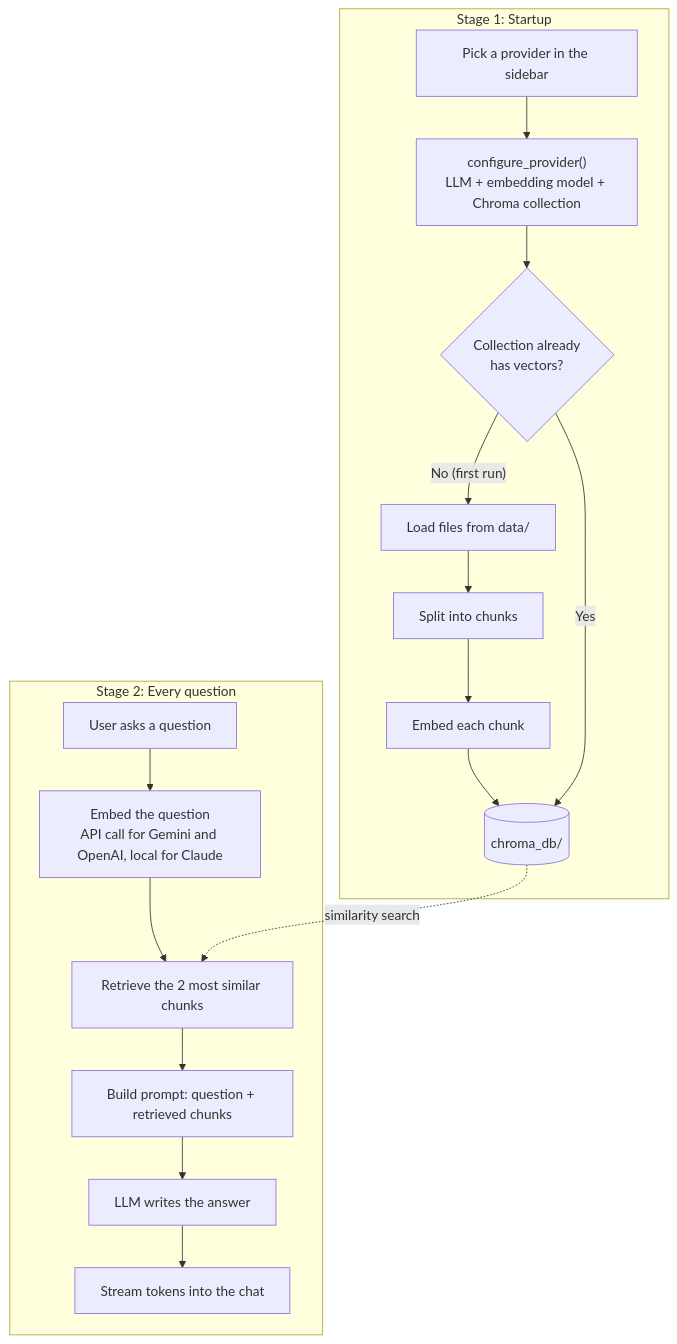
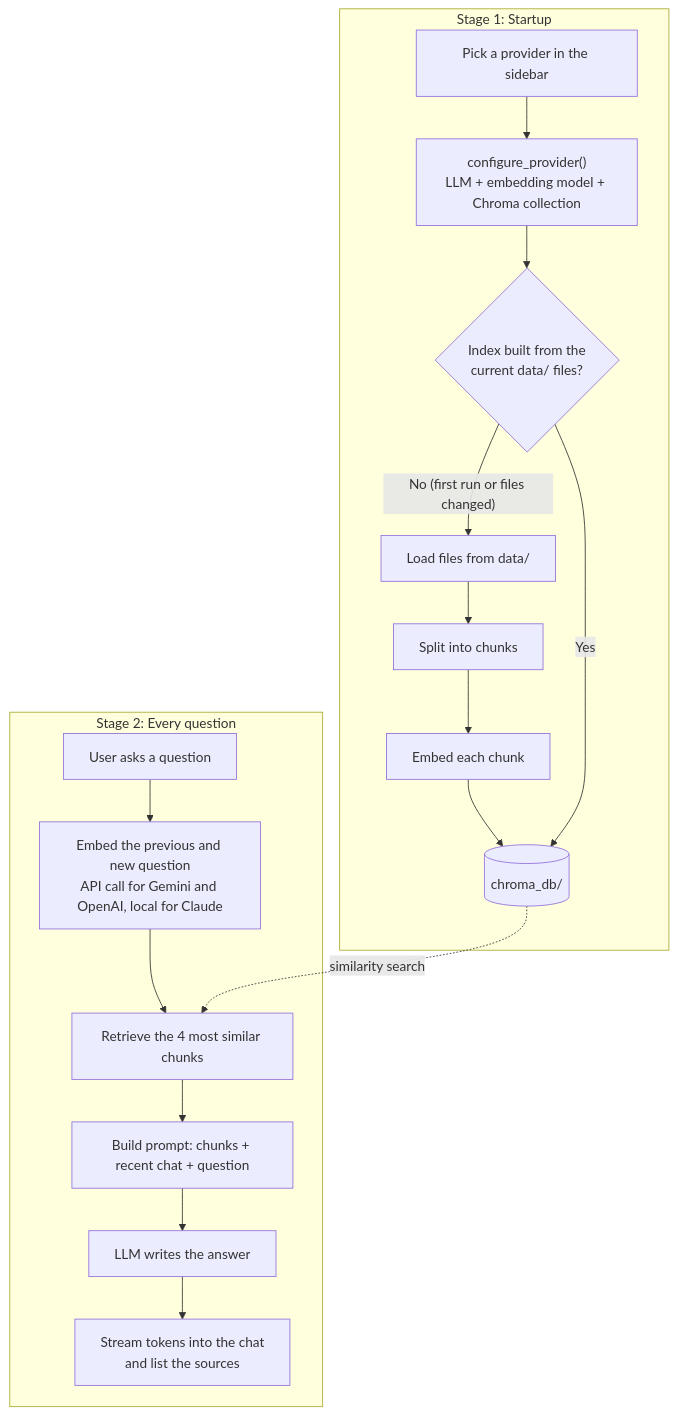
Before and after one commit to Nandha65/documind: the diagram in README.md, drawn with Mermaid. The commit also changed other lines of this file, not shown here.

````diff
--- a/README.md
+++ b/README.md
@@ -34,22 +38,22 @@
 ```mermaid
 flowchart TD
     subgraph setup["Stage 1: Startup"]
         A["Pick a provider in the sidebar"] --> B["configure_provider()<br/>LLM + embedding model + Chroma collection"]
-        B --> C{"Collection already<br/>has vectors?"}
-        C -- "No (first run)" --> D["Load files from data/"]
+        B --> C{"Index built from the<br/>current data/ files?"}
+        C -- "No (first run or files changed)" --> D["Load files from data/"]
         D --> E["Split into chunks"]
         E --> F["Embed each chunk"]
         F --> G[("chroma_db/")]
         C -- "Yes" --> G
     end
 
     subgraph ask["Stage 2: Every question"]
-        H["User asks a question"] --> I["Embed the question<br/>API call for Gemini and OpenAI, local for Claude"]
-        I --> J["Retrieve the 2 most similar chunks"]
-        J --> K["Build prompt: question + retrieved chunks"]
+        H["User asks a question"] --> I["Embed the previous and new question<br/>API call for Gemini and OpenAI, local for Claude"]
+        I --> J["Retrieve the 4 most similar chunks"]
+        J --> K["Build prompt: chunks + recent chat + question"]
         K --> L["LLM writes the answer"]
-        L --> M["Stream tokens into the chat"]
+        L --> M["Stream tokens into the chat<br/>and list the sources"]
     end
 
     G -. "similarity search" .-> J
 ```
````
